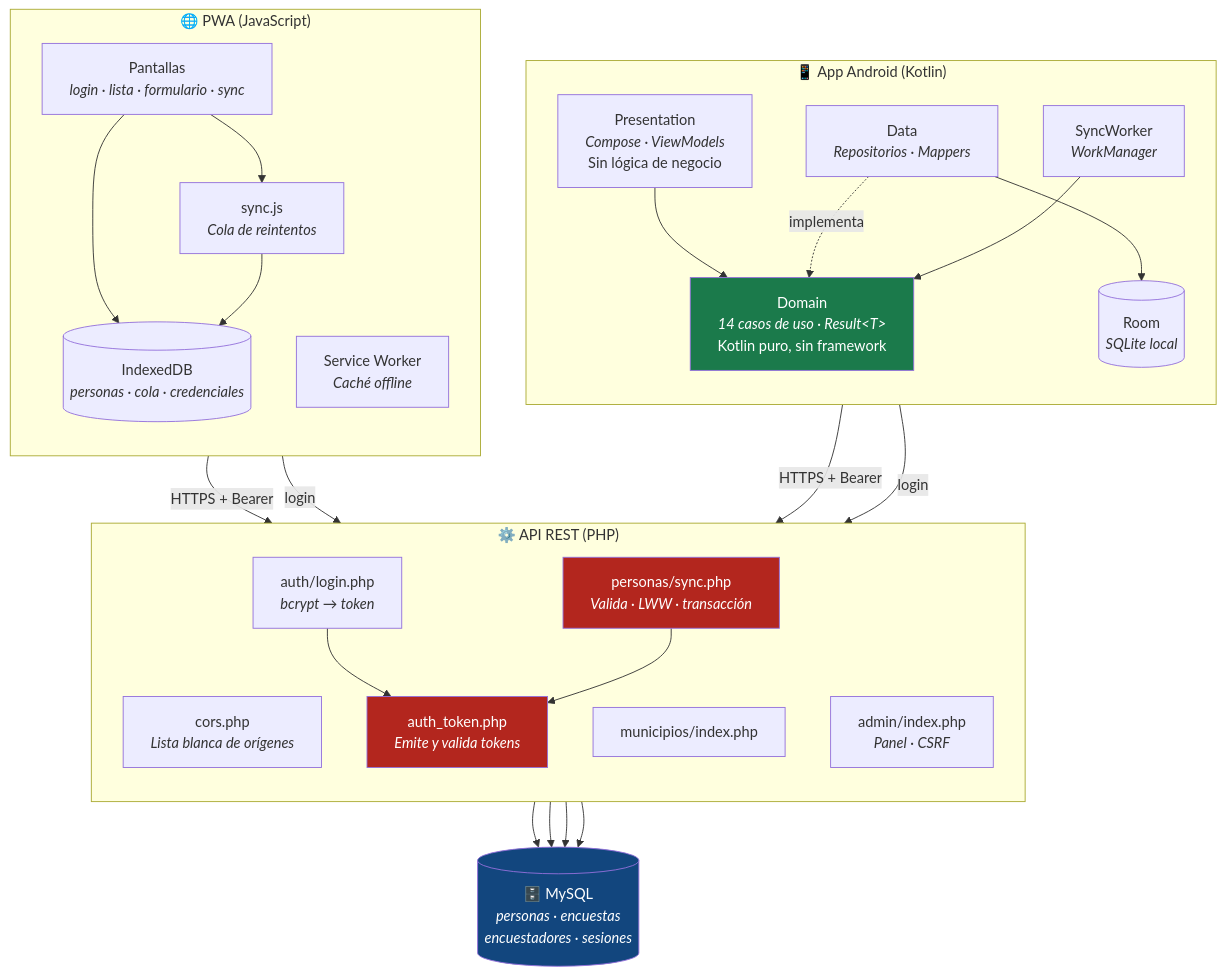
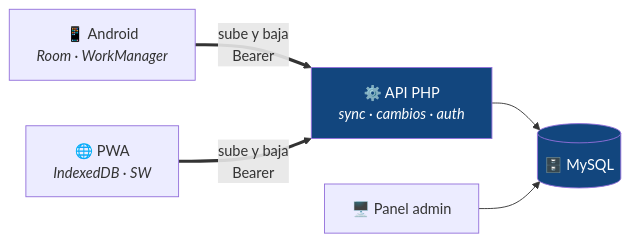
The first of 2 diagrams in README.md (Manuel151025/proyecto_offline), drawn with Mermaid before and after one commit. The commit also changed other lines of this file and 4 other files, not shown here.

````diff
--- a/README.md
+++ b/README.md
@@ -19,55 +43,16 @@
 ```mermaid
-graph TB
-    subgraph Android["📱 App Android (Kotlin)"]
-        direction TB
-        AP["Presentation<br/><i>Compose · ViewModels</i><br/>Sin lógica de negocio"]
-        AD["Domain<br/><i>14 casos de uso · Result&lt;T&gt;</i><br/>Kotlin puro, sin framework"]
-        ADA["Data<br/><i>Repositorios · Mappers</i>"]
-        ARoom[("Room<br/><i>SQLite local</i>")]
-        AW["SyncWorker<br/><i>WorkManager</i>"]
-        AP --> AD
-        ADA -.implementa.-> AD
-        ADA --> ARoom
-        AW --> AD
-    end
+graph LR
+    AND["📱 Android<br/><i>Room · WorkManager</i>"]
+    PWA["🌐 PWA<br/><i>IndexedDB · SW</i>"]
+    API["⚙️ API PHP<br/><i>sync · cambios · auth</i>"]
+    DB[("🗄️ MySQL")]
+    ADM["🖥️ Panel admin"]
 
-    subgraph PWA["🌐 PWA (JavaScript)"]
-        direction TB
-        PS["Pantallas<br/><i>login · lista · formulario · sync</i>"]
-        PSync["sync.js<br/><i>Cola de reintentos</i>"]
-        PIDB[("IndexedDB<br/><i>personas · cola · credenciales</i>")]
-        PSW["Service Worker<br/><i>Caché offline</i>"]
-        PS --> PSync
-        PS --> PIDB
-        PSync --> PIDB
-    end
+    AND ==>|"sube y baja<br/>Bearer"| API
+    PWA ==>|"sube y baja<br/>Bearer"| API
+    API --> DB
+    ADM --> DB
 
-    subgraph API["⚙️ API REST (PHP)"]
-        direction TB
-        CORS["cors.php<br/><i>Lista blanca de orígenes</i>"]
-        AUTH["auth_token.php<br/><i>Emite y valida tokens</i>"]
-        LOGIN["auth/login.php<br/><i>bcrypt → token</i>"]
-        SYNC["personas/sync.php<br/><i>Valida · LWW · transacción</i>"]
-        MUNI["municipios/index.php"]
-        ADMIN["admin/index.php<br/><i>Panel · CSRF</i>"]
-        LOGIN --> AUTH
-        SYNC --> AUTH
-    end
-
-    DB[("🗄️ MySQL<br/><i>personas · encuestas<br/>encuestadores · sesiones</i>")]
-
-    AW -->|"HTTPS + Bearer"| SYNC
-    ADA -->|"login"| LOGIN
-    PSync -->|"HTTPS + Bearer"| SYNC
-    PS -->|"login"| LOGIN
-
-    LOGIN --> DB
-    SYNC --> DB
-    MUNI --> DB
-    ADMIN --> DB
-
-    style AD fill:#1B7A4B,color:#fff
-    style AUTH fill:#B3261E,color:#fff
-    style SYNC fill:#B3261E,color:#fff
+    style API fill:#12467E,color:#fff
     style DB fill:#12467E,color:#fff
 ```
````
